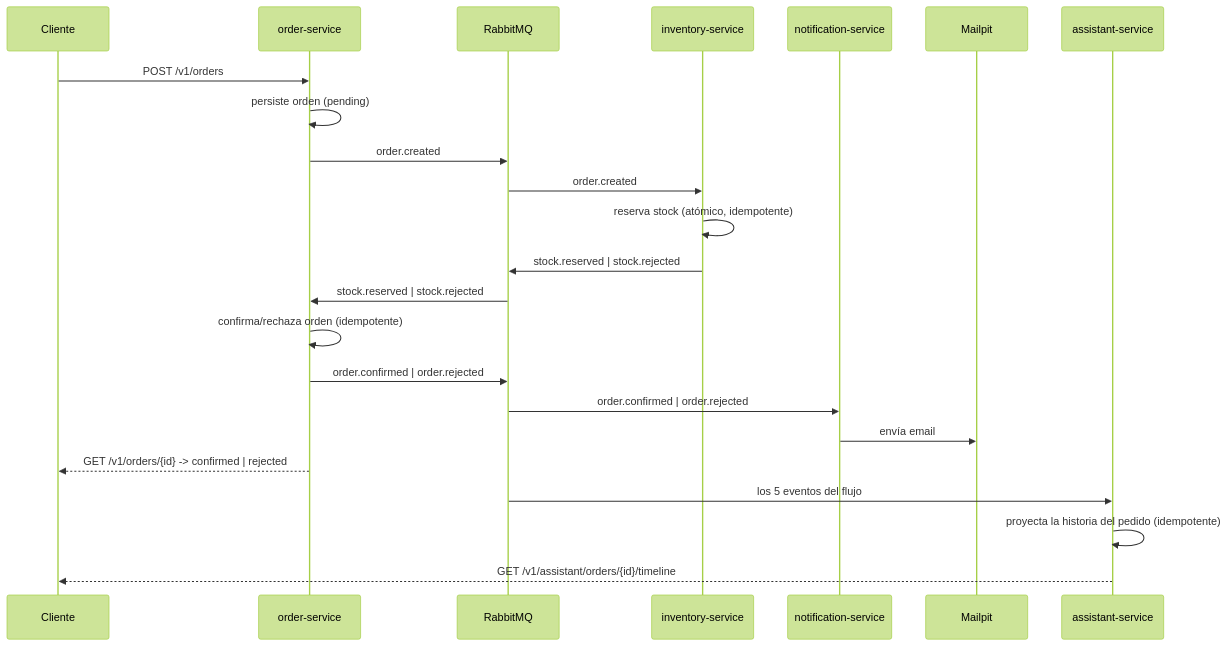
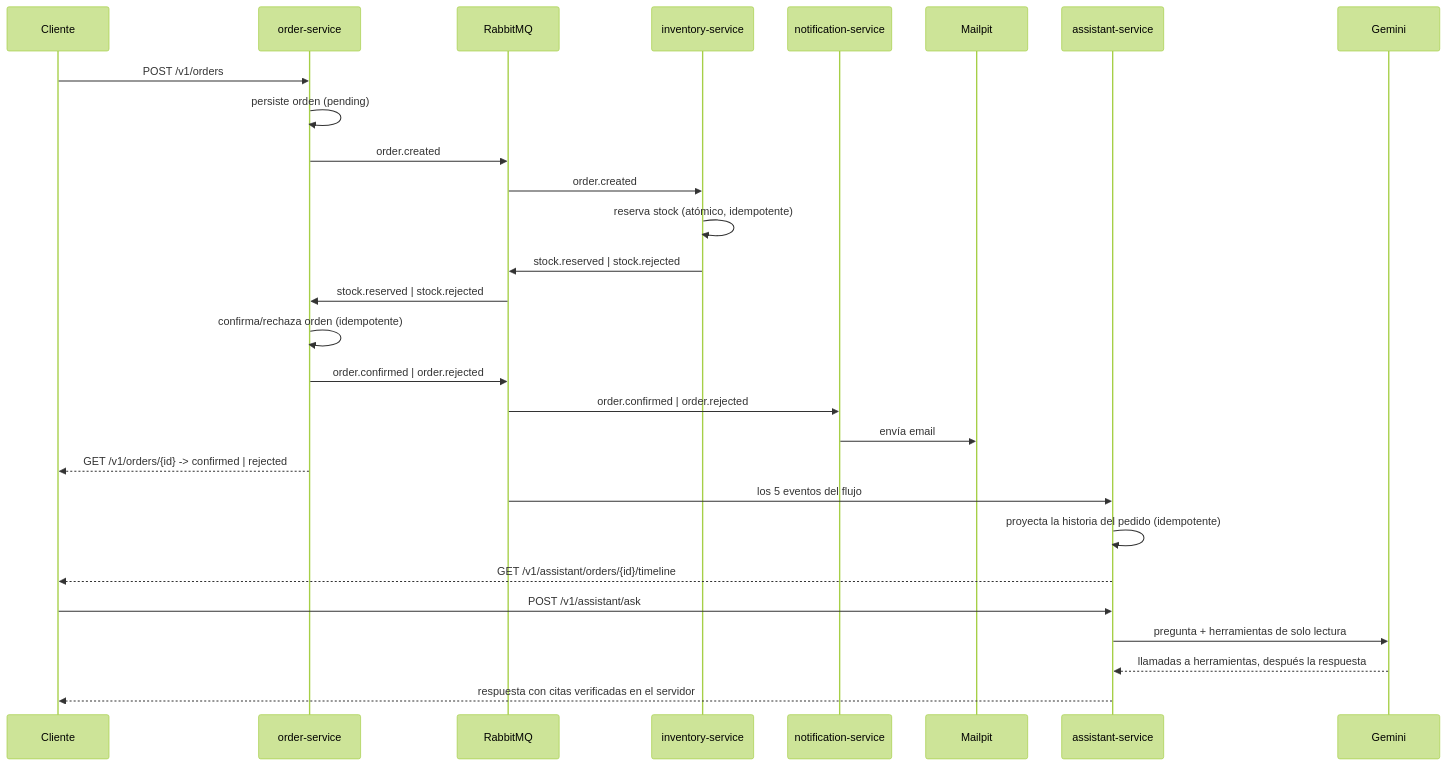
The diagram in README.md (MauriDev94/event-driven-orders), drawn with Mermaid (forest theme) before and after one commit. The commit also changed other lines of this file and 3 other files, not shown here.

First line of the commit message:
docs(assistant): README, CLAUDE.md, roadmap y plan con el agente y Redis

````diff
--- a/README.md
+++ b/README.md
@@ -41,26 +43,31 @@
 ```mermaid
 sequenceDiagram
     participant C as Cliente
     participant O as order-service
     participant Q as RabbitMQ
     participant I as inventory-service
     participant N as notification-service
     participant M as Mailpit
     participant A as assistant-service
+    participant L as Gemini
 
     C->>O: POST /v1/orders
     O->>O: persiste orden (pending)
     O->>Q: order.created
     Q->>I: order.created
     I->>I: reserva stock (atómico, idempotente)
     I->>Q: stock.reserved | stock.rejected
     Q->>O: stock.reserved | stock.rejected
     O->>O: confirma/rechaza orden (idempotente)
     O->>Q: order.confirmed | order.rejected
     Q->>N: order.confirmed | order.rejected
     N->>M: envía email
     O-->>C: GET /v1/orders/{id} -> confirmed | rejected
     Q->>A: los 5 eventos del flujo
     A->>A: proyecta la historia del pedido (idempotente)
     A-->>C: GET /v1/assistant/orders/{id}/timeline
+    C->>A: POST /v1/assistant/ask
+    A->>L: pregunta + herramientas de solo lectura
+    L-->>A: llamadas a herramientas, después la respuesta
+    A-->>C: respuesta con citas verificadas en el servidor
 ```
````
